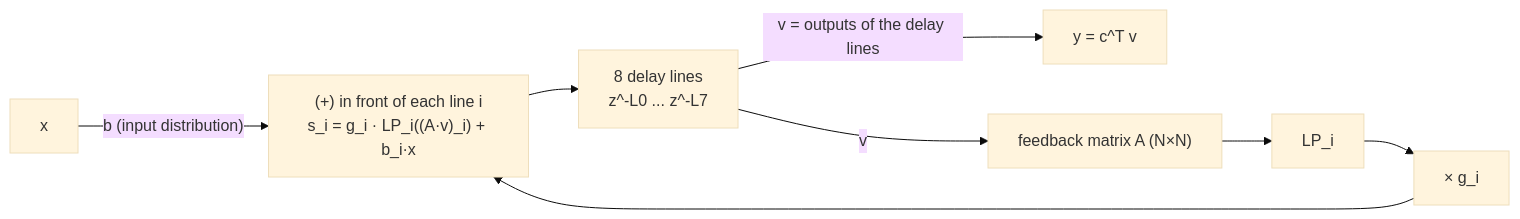
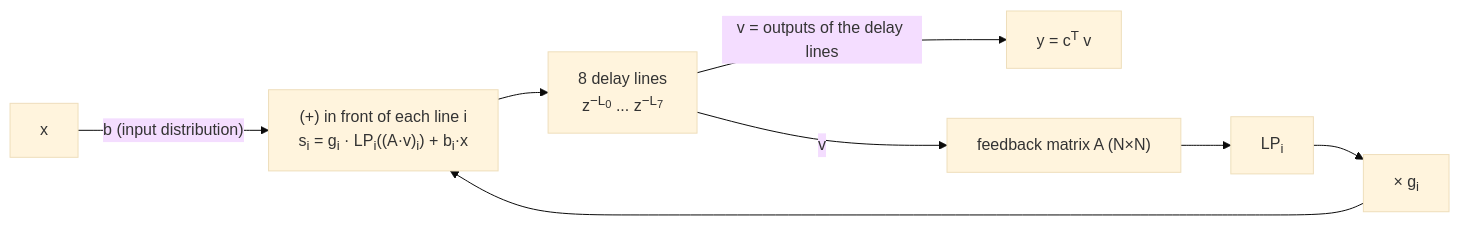
Before and after one commit to TomHsieh300/DAW-for-fun: the fifth of 11 diagrams in lessons/12-reverb/README.md, drawn with Mermaid (base theme). The commit also changed other lines of this file and 19 other files, not shown here.

First line of the commit message:
lessons: typeset subscripts and superscripts in Mermaid labels

````diff
--- a/lessons/12-reverb/README.md
+++ b/lessons/12-reverb/README.md
@@ -270,10 +270,10 @@
 ```mermaid
 flowchart LR
-    X["x"] -->|"b (input distribution)"| S["(+) in front of each line i<br/>s_i = g_i · LP_i((A·v)_i) + b_i·x"]
-    S --> D["8 delay lines<br/>z^-L0 ... z^-L7"]
-    D -->|"v = outputs of the delay lines"| Y["y = c^T v"]
+    X["x"] -->|"b (input distribution)"| S["(+) in front of each line i<br/>s<sub>i</sub> = g<sub>i</sub> · LP<sub>i</sub>((A·v)<sub>i</sub>) + b<sub>i</sub>·x"]
+    S --> D["8 delay lines<br/>z<sup>−L<sub>0</sub></sup> ... z<sup>−L<sub>7</sub></sup>"]
+    D -->|"v = outputs of the delay lines"| Y["y = c<sup>T</sup> v"]
     D -->|"v"| A["feedback matrix A (N×N)"]
-    A --> LP["LP_i"]
-    LP --> G["× g_i"]
+    A --> LP["LP<sub>i</sub>"]
+    LP --> G["× g<sub>i</sub>"]
     G --> S
 ```
````
